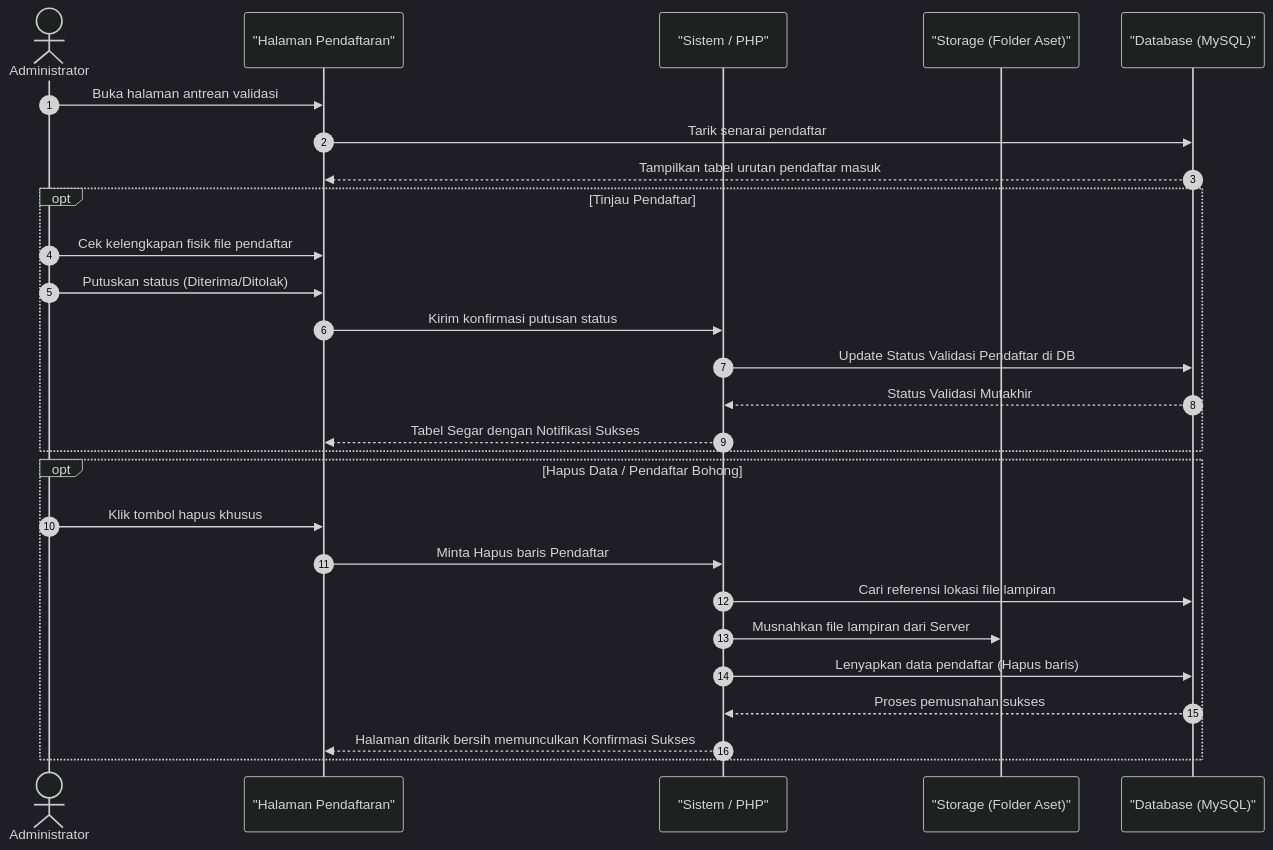
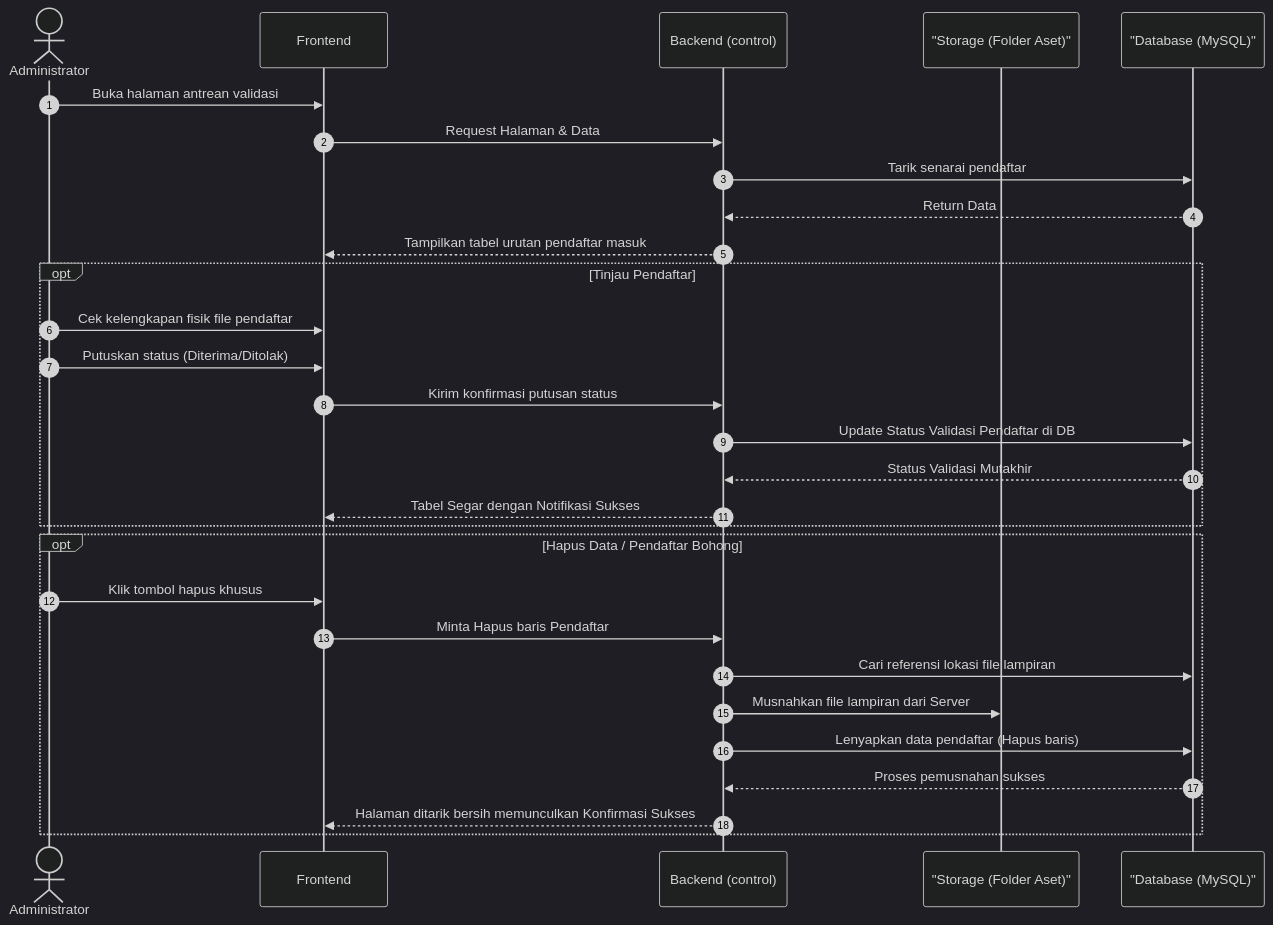
Diagram 16 of 17 in docs/kumpulan_sequence_backend.md (arbain-dev/Web_fikom), drawn with Mermaid (dark theme) before and after one commit. The commit also changed other lines of this file and 1 other file, not shown here.

Commit message:
docs: standardisasi arsitektur 3 tier (Frontend, Backend, DB) pada seluruh sequence diagram backend

````diff
--- a/docs/kumpulan_sequence_backend.md
+++ b/docs/kumpulan_sequence_backend.md
@@ -730,33 +758,35 @@
 ```mermaid
 sequenceDiagram
     autonumber
     actor Admin as Administrator
-    participant View as "Halaman Pendaftaran"
-    participant System as "Sistem / PHP"
+    participant Frontend
+    participant Backend as Backend (control)
     participant Server as "Storage (Folder Aset)"
     participant DB as "Database (MySQL)"
 
-    Admin->>View: Buka halaman antrean validasi
-    View->>DB: Tarik senarai pendaftar
-    DB-->>View: Tampilkan tabel urutan pendaftar masuk
+    Admin->>Frontend: Buka halaman antrean validasi
+    Frontend->>Backend: Request Halaman & Data
+    Backend->>DB: Tarik senarai pendaftar
+    DB-->>Backend: Return Data
+    Backend-->>Frontend: Tampilkan tabel urutan pendaftar masuk
 
     opt Tinjau Pendaftar
-        Admin->>View: Cek kelengkapan fisik file pendaftar
-        Admin->>View: Putuskan status (Diterima/Ditolak)
-        View->>System: Kirim konfirmasi putusan status
+        Admin->>Frontend: Cek kelengkapan fisik file pendaftar
+        Admin->>Frontend: Putuskan status (Diterima/Ditolak)
+        Frontend->>Backend: Kirim konfirmasi putusan status
         
-        System->>DB: Update Status Validasi Pendaftar di DB
-        DB-->>System: Status Validasi Mutakhir
-        System-->>View: Tabel Segar dengan Notifikasi Sukses
+        Backend->>DB: Update Status Validasi Pendaftar di DB
+        DB-->>Backend: Status Validasi Mutakhir
+        Backend-->>Frontend: Tabel Segar dengan Notifikasi Sukses
     end
 
     opt Hapus Data / Pendaftar Bohong
-        Admin->>View: Klik tombol hapus khusus
-        View->>System: Minta Hapus baris Pendaftar
-        System->>DB: Cari referensi lokasi file lampiran
-        System->>Server: Musnahkan file lampiran dari Server
-        System->>DB: Lenyapkan data pendaftar (Hapus baris)
-        DB-->>System: Proses pemusnahan sukses
-        System-->>View: Halaman ditarik bersih memunculkan Konfirmasi Sukses
+        Admin->>Frontend: Klik tombol hapus khusus
+        Frontend->>Backend: Minta Hapus baris Pendaftar
+        Backend->>DB: Cari referensi lokasi file lampiran
+        Backend->>Server: Musnahkan file lampiran dari Server
+        Backend->>DB: Lenyapkan data pendaftar (Hapus baris)
+        DB-->>Backend: Proses pemusnahan sukses
+        Backend-->>Frontend: Halaman ditarik bersih memunculkan Konfirmasi Sukses
     end
 ```
````
